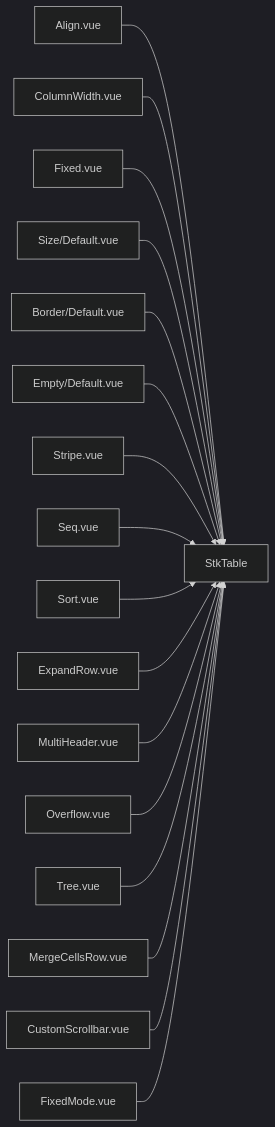
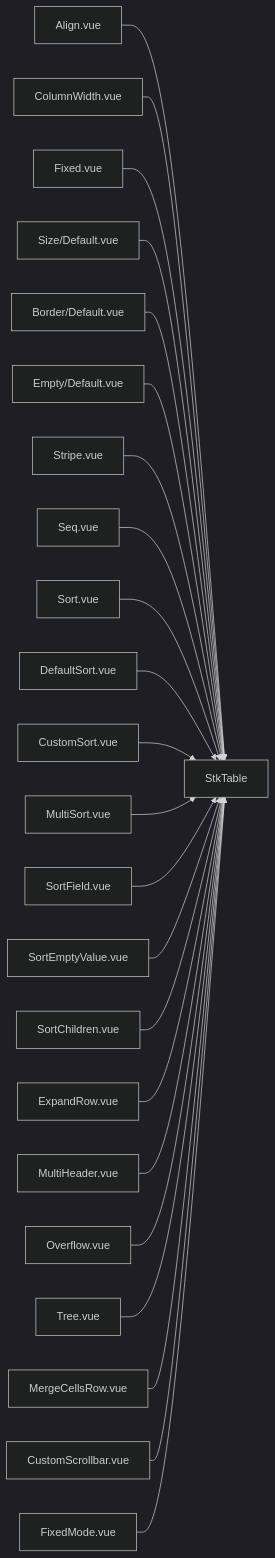
Before and after one commit to ja-plus/stk-table-vue: the eighth of 8 diagrams in .qoder/repowiki/en/content/Basic Features/Basic Features.md, drawn with Mermaid (dark theme). The commit also changed other lines of this file and 3 other files, not shown here.

````diff
--- a/.qoder/repowiki/en/content/Basic Features/Basic Features.md
+++ b/.qoder/repowiki/en/content/Basic Features/Basic Features.md
@@ -380,19 +445,25 @@
 ```mermaid
 graph LR
 Align["Align.vue"] --> ST["StkTable"]
 ColW["ColumnWidth.vue"] --> ST
 Fixed["Fixed.vue"] --> ST
 Size["Size/Default.vue"] --> ST
 Border["Border/Default.vue"] --> ST
 Empty["Empty/Default.vue"] --> ST
 Stripe["Stripe.vue"] --> ST
 Seq["Seq.vue"] --> ST
 Sort["Sort.vue"] --> ST
+DefSort["DefaultSort.vue"] --> ST
+CustomSort["CustomSort.vue"] --> ST
+MultiSort["MultiSort.vue"] --> ST
+SortField["SortField.vue"] --> ST
+SortEmpty["SortEmptyValue.vue"] --> ST
+SortChild["SortChildren.vue"] --> ST
 Expand["ExpandRow.vue"] --> ST
 Multi["MultiHeader.vue"] --> ST
 Over["Overflow.vue"] --> ST
 Tree["Tree.vue"] --> ST
 Merge["MergeCellsRow.vue"] --> ST
 Scroll["CustomScrollbar.vue"] --> ST
 FMode["FixedMode.vue"] --> ST
 ```
````
